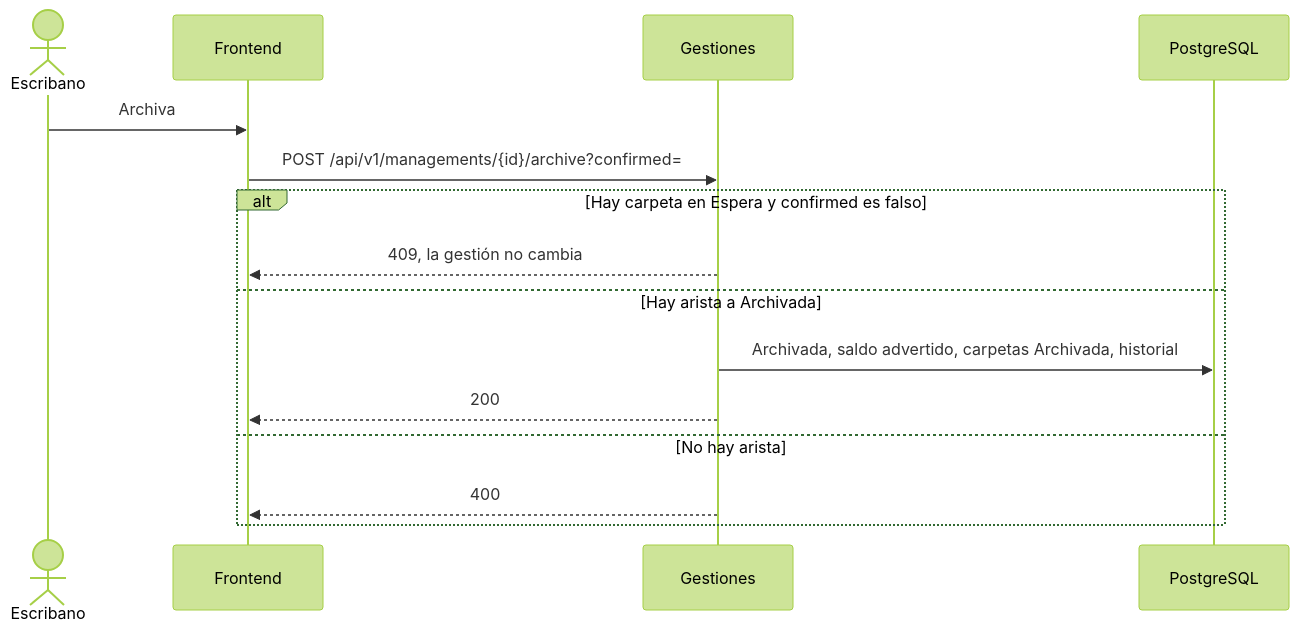
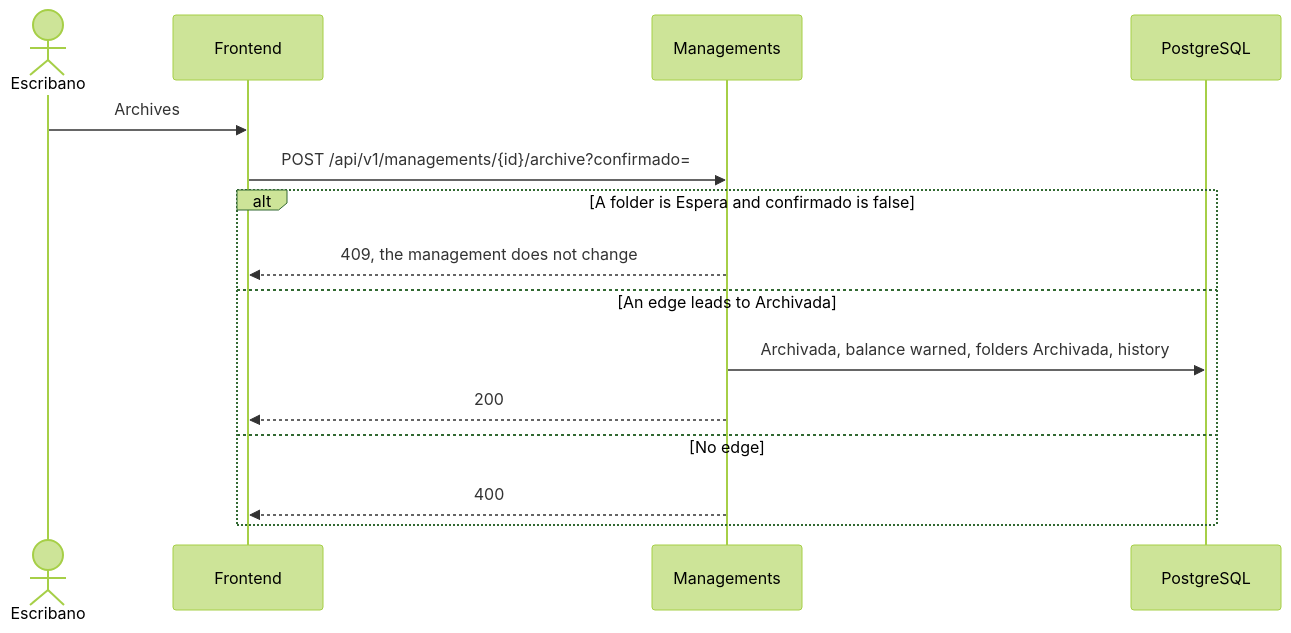
The sixth of 9 diagrams in docs/200-architecture/203-design/GESTION.md (matiaspakua/notaire), drawn with Mermaid (forest theme) before and after one commit. The commit also changed other lines of this file and 165 other files, not shown here.

First line of the commit message:
[#1490] docs(architecture): write CU sequence steps in English (#1505)

````diff
--- a/docs/200-architecture/203-design/GESTION.md
+++ b/docs/200-architecture/203-design/GESTION.md
@@ -206,18 +207,18 @@
 ```mermaid
 sequenceDiagram
   actor Escribano
   participant FE as Frontend
-  participant API as Gestiones
+  participant API as Managements
   participant DB as PostgreSQL
 
-  Escribano->>FE: Archiva
-  FE->>API: POST /api/v1/managements/{id}/archive?confirmed=
-  alt Hay carpeta en Espera y confirmed es falso
-    API-->>FE: 409, la gestión no cambia
-  else Hay arista a Archivada
-    API->>DB: Archivada, saldo advertido, carpetas Archivada, historial
+  Escribano->>FE: Archives
+  FE->>API: POST /api/v1/managements/{id}/archive?confirmado=
+  alt A folder is Espera and confirmado is false
+    API-->>FE: 409, the management does not change
+  else An edge leads to Archivada
+    API->>DB: Archivada, balance warned, folders Archivada, history
     API-->>FE: 200
-  else No hay arista
+  else No edge
     API-->>FE: 400
   end
 ```
````
